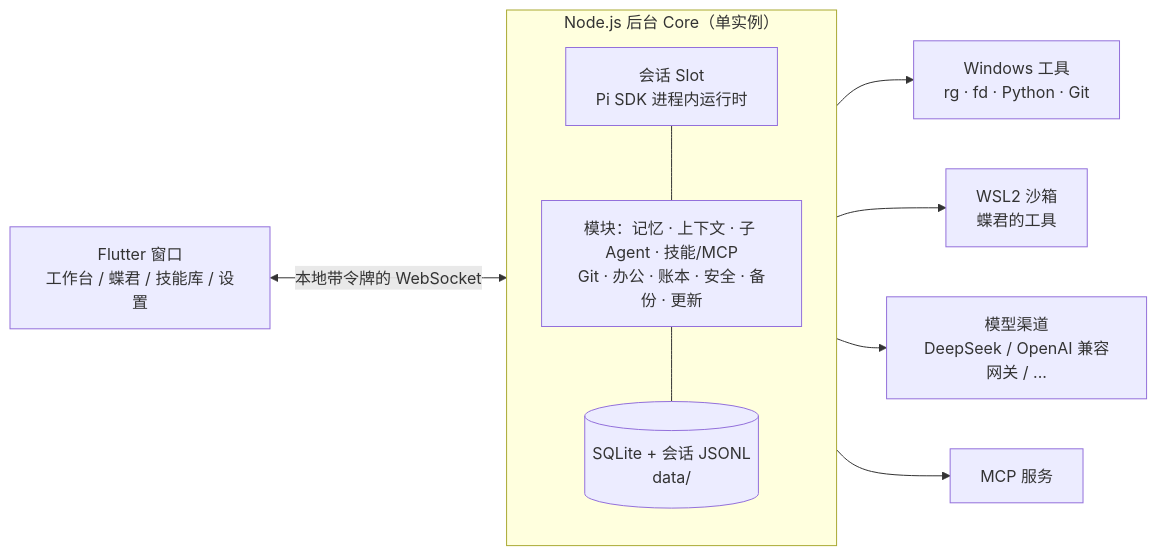
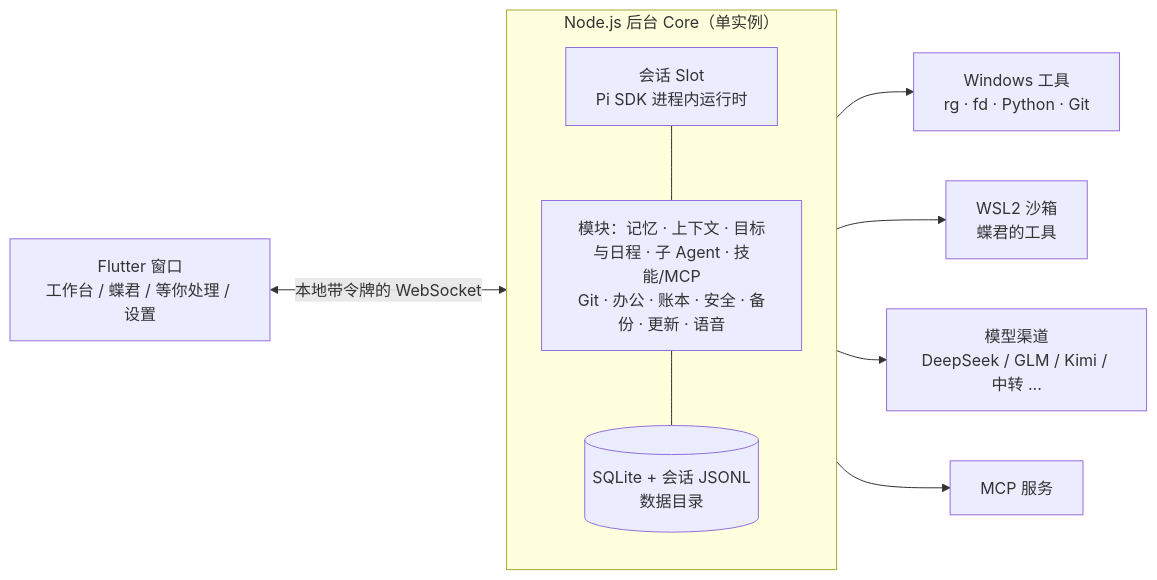
Before and after one commit to jun64349/DreamFlutter: the diagram in README.md, drawn with Mermaid. The commit also changed other lines of this file and 49 other files, not shown here.

````diff
--- a/README.md
+++ b/README.md
@@ -55,22 +68,22 @@
 ```mermaid
 flowchart LR
-    UI["Flutter 窗口<br/>工作台 / 蝶君 / 技能库 / 设置"]
+    UI["Flutter 窗口<br/>工作台 / 蝶君 / 等你处理 / 设置"]
     subgraph Core["Node.js 后台 Core（单实例）"]
         direction TB
         Slots["会话 Slot<br/>Pi SDK 进程内运行时"]
-        Mods["模块：记忆 · 上下文 · 子 Agent · 技能/MCP<br/>Git · 办公 · 账本 · 安全 · 备份 · 更新"]
-        DB[("SQLite + 会话 JSONL<br/>data/")]
+        Mods["模块：记忆 · 上下文 · 目标与日程 · 子 Agent · 技能/MCP<br/>Git · 办公 · 账本 · 安全 · 备份 · 更新 · 语音"]
+        DB[("SQLite + 会话 JSONL<br/>数据目录")]
     end
     Win["Windows 工具<br/>rg · fd · Python · Git"]
     WSL["WSL2 沙箱<br/>蝶君的工具"]
-    LLM["模型渠道<br/>DeepSeek / OpenAI 兼容网关 / ..."]
+    LLM["模型渠道<br/>DeepSeek / GLM / Kimi / 中转 ..."]
     MCP["MCP 服务"]
 
     UI <-- "本地带令牌的 WebSocket" --> Core
     Slots --> Win
     Slots --> WSL
     Slots --> LLM
     Mods --> MCP
     Slots --- Mods
     Mods --- DB
 ```
````
